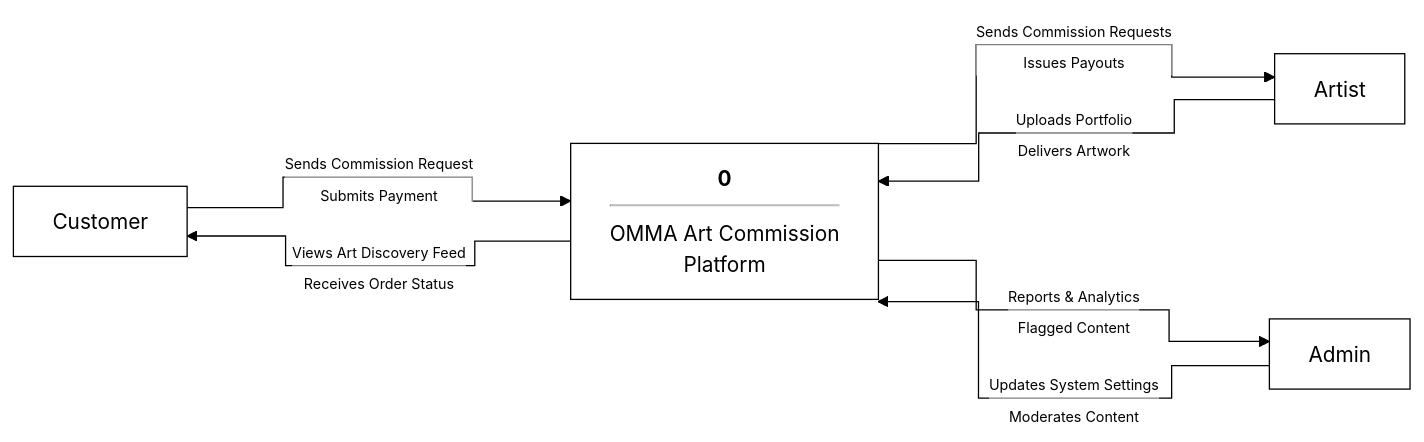
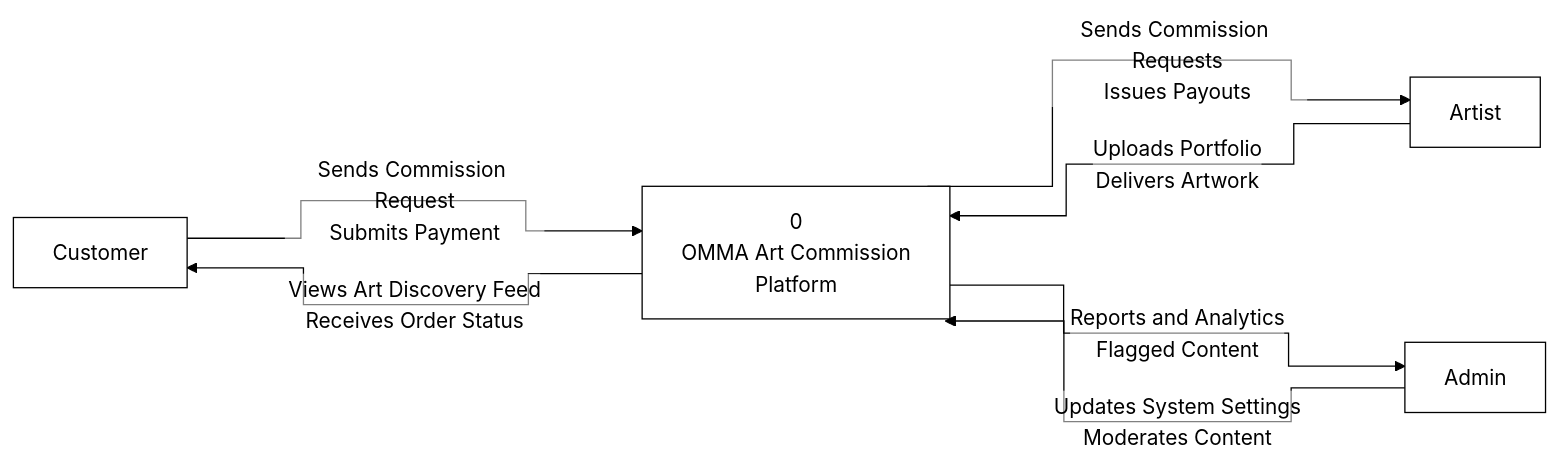
One commit to binssente-crypto/DFD changed the first of 3 diagrams in README.md. Above: the diagram before and after it, drawn with Mermaid. The commit also changed other lines of this file, not shown here.

Commit message:
Remove HTML tags from all node labels to fix Draw.io formatting issues

````diff
--- a/README.md
+++ b/README.md
@@ -8,18 +8,18 @@
 ```mermaid
 %%{init: { 'flowchart': { 'curve': 'step', 'nodeSpacing': 150, 'rankSpacing': 150 }, 'theme': 'base', 'themeVariables': { 'primaryColor': '#ffffff', 'primaryBorderColor': '#000000', 'primaryTextColor': '#000000', 'lineColor': '#000000', 'background': '#ffffff', 'edgeLabelBackground': 'rgba(255, 255, 255, 0)' } }}%%
 graph LR
     Customer[Customer]
     Admin[Admin]
     Artist[Artist]
     
-    P0["<b>0</b><hr/>OMMA Art Commission<br/>Platform"]
+    P0["0<br/>OMMA Art Commission<br/>Platform"]
     
-    Customer -- "<span style='font-size: 11px'>Sends Commission Request<br/>Submits Payment</span>" --> P0
-    P0 -- "<span style='font-size: 11px'>Views Art Discovery Feed<br/>Receives Order Status</span>" --> Customer
+    Customer -- "Sends Commission Request<br/>Submits Payment" --> P0
+    P0 -- "Views Art Discovery Feed<br/>Receives Order Status" --> Customer
     
-    Artist -- "<span style='font-size: 11px'>Uploads Portfolio<br/>Delivers Artwork</span>" --> P0
-    P0 -- "<span style='font-size: 11px'>Sends Commission Requests<br/>Issues Payouts</span>" --> Artist
+    Artist -- "Uploads Portfolio<br/>Delivers Artwork" --> P0
+    P0 -- "Sends Commission Requests<br/>Issues Payouts" --> Artist
     
-    Admin -- "<span style='font-size: 11px'>Updates System Settings<br/>Moderates Content</span>" --> P0
-    P0 -- "<span style='font-size: 11px'>Reports & Analytics<br/>Flagged Content</span>" --> Admin
+    Admin -- "Updates System Settings<br/>Moderates Content" --> P0
+    P0 -- "Reports and Analytics<br/>Flagged Content" --> Admin
 ```
````
